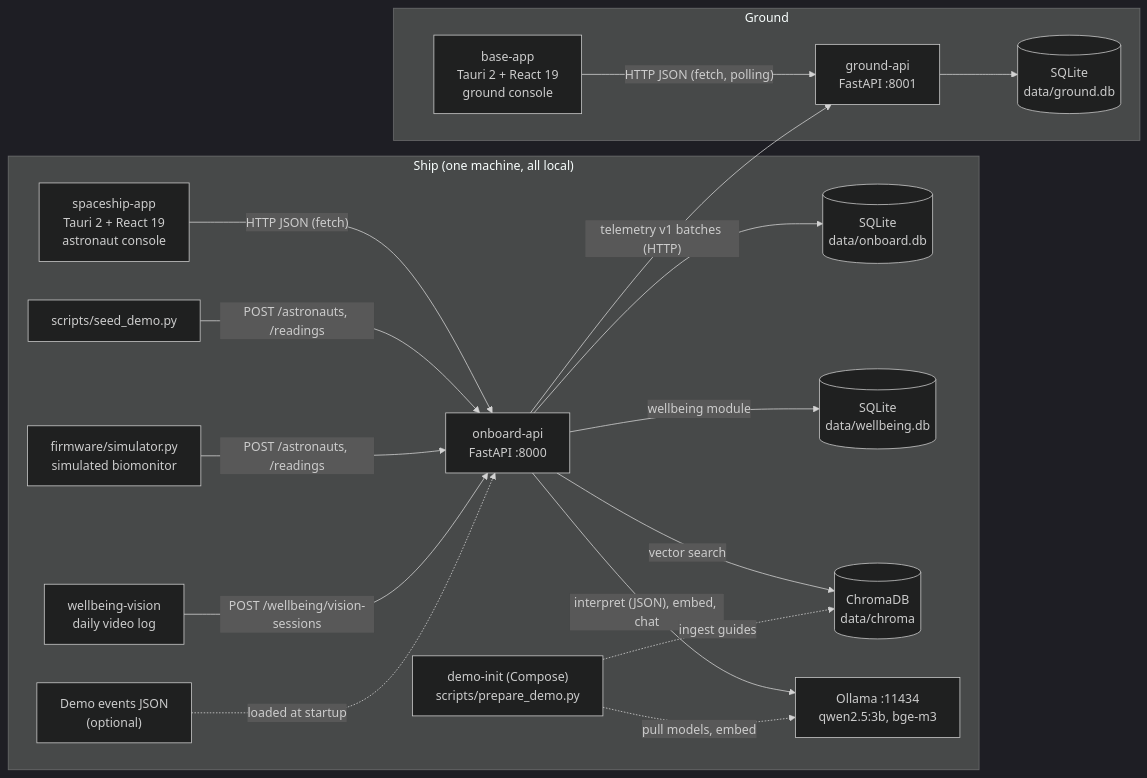
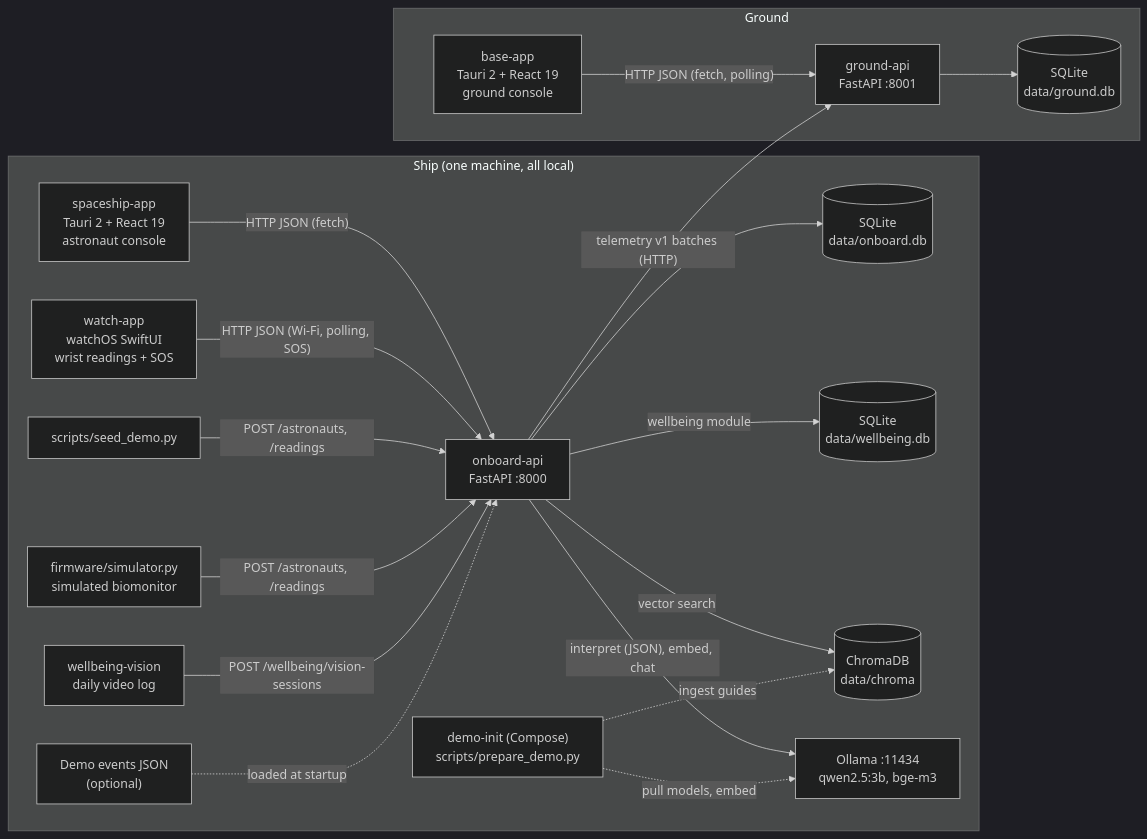
The first of 2 diagrams in docs/ARCHITECTURE.md (rubenyh/SpaceApps-2026), drawn with Mermaid (dark theme) before and after one commit. The commit also changed other lines of this file and 2 other files, not shown here.

Commit message:
docs: document watch-app and console SOS beep

````diff
--- a/docs/ARCHITECTURE.md
+++ b/docs/ARCHITECTURE.md
@@ -15,36 +15,38 @@
 ```mermaid
 flowchart LR
     subgraph Ship["Ship (one machine, all local)"]
         Console["spaceship-app<br/>Tauri 2 + React 19<br/>astronaut console"]
+        Watch["watch-app<br/>watchOS SwiftUI<br/>wrist readings + SOS"]
         API["onboard-api<br/>FastAPI :8000"]
         DB[("SQLite<br/>data/onboard.db")]
         WDB[("SQLite<br/>data/wellbeing.db")]
         Vision["wellbeing-vision<br/>daily video log"]
         Chroma[("ChromaDB<br/>data/chroma")]
         Ollama["Ollama :11434<br/>qwen2.5:3b, bge-m3"]
         Events["Demo events JSON<br/>(optional)"]
         Seed["scripts/seed_demo.py"]
         Firmware["firmware/simulator.py<br/>simulated biomonitor"]
         Init["demo-init (Compose)<br/>scripts/prepare_demo.py"]
     end
     subgraph Ground["Ground"]
         Ground_API["ground-api<br/>FastAPI :8001"]
         GroundDB[("SQLite<br/>data/ground.db")]
         BaseApp["base-app<br/>Tauri 2 + React 19<br/>ground console"]
     end
 
     Console -- "HTTP JSON (fetch)" --> API
+    Watch -- "HTTP JSON (Wi-Fi, polling, SOS)" --> API
     Seed -- "POST /astronauts, /readings" --> API
     Firmware -- "POST /astronauts, /readings" --> API
     Vision -- "POST /wellbeing/vision-sessions" --> API
     API --> DB
     API -- "wellbeing module" --> WDB
     API -- "interpret (JSON), embed, chat" --> Ollama
     API -- "vector search" --> Chroma
     Events -. "loaded at startup" .-> API
     Init -. "pull models, embed" .-> Ollama
     Init -. "ingest guides" .-> Chroma
     API -- "telemetry v1 batches (HTTP)" --> Ground_API
     Ground_API --> GroundDB
     BaseApp -- "HTTP JSON (fetch, polling)" --> Ground_API
 ```
````
